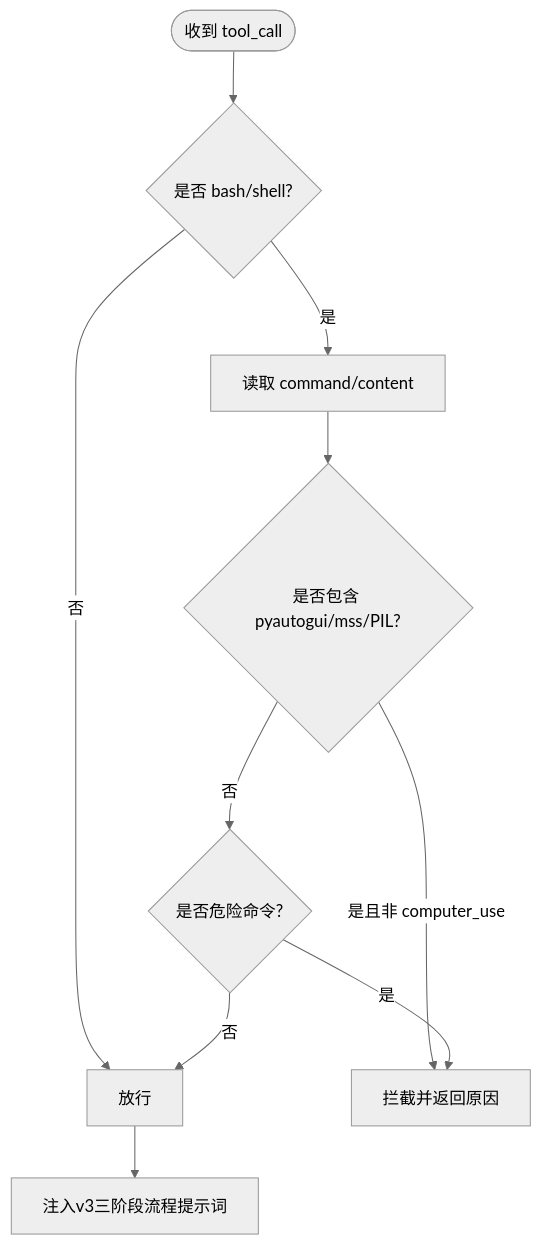
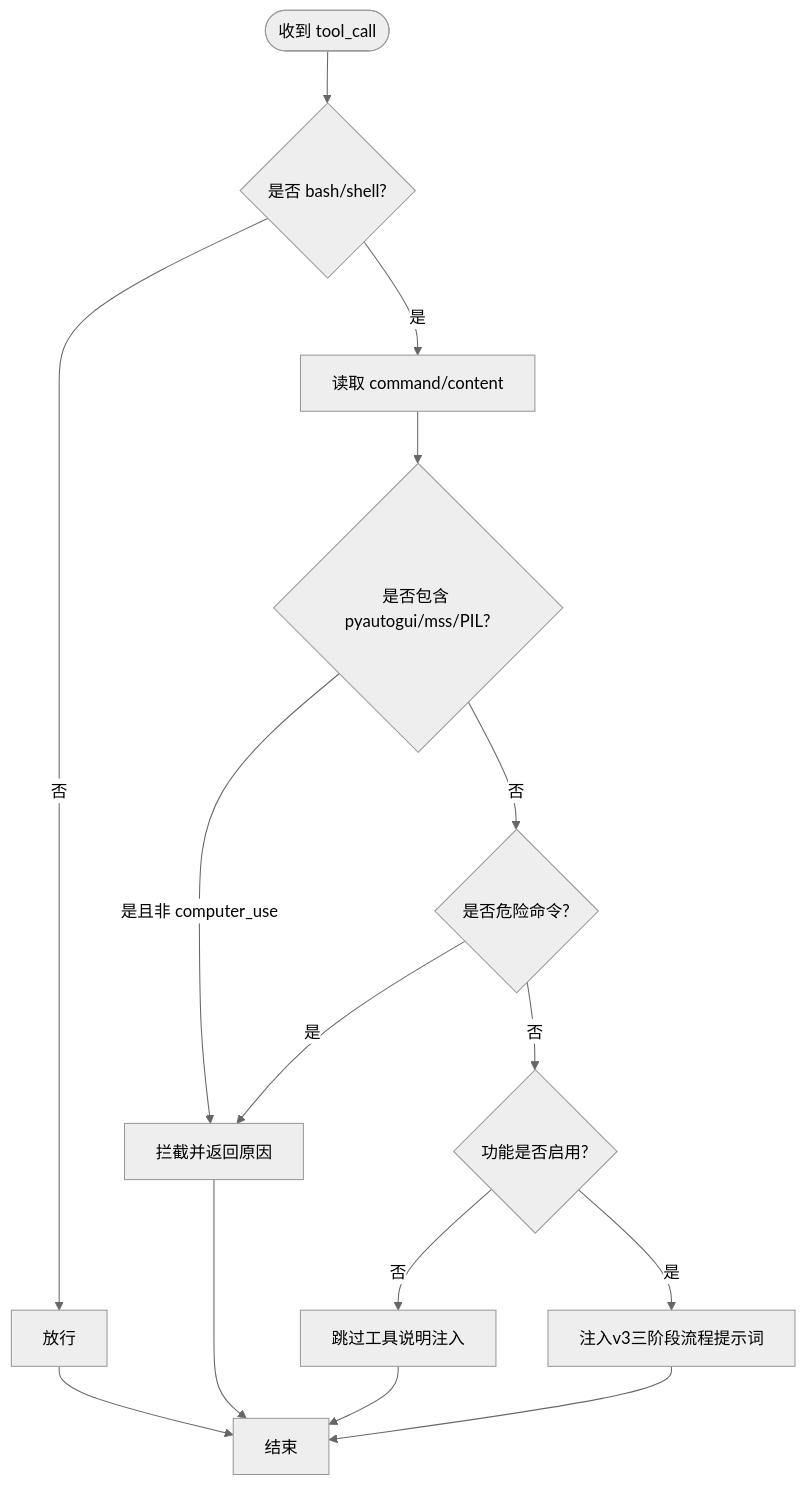
One commit to swond-Mao/Tiffa changed the third of 4 diagrams in .qoder/repowiki/zh/content/技能系统/计算机使用技能/计算机使用技能.md. Above: the diagram before and after it, drawn with Mermaid (neutral theme). The commit also changed other lines of this file and 49 other files, not shown here.

````diff
--- a/.qoder/repowiki/zh/content/技能系统/计算机使用技能/计算机使用技能.md
+++ b/.qoder/repowiki/zh/content/技能系统/计算机使用技能/计算机使用技能.md
@@ -164,12 +215,17 @@
 ```mermaid
 flowchart TD
 Start(["收到 tool_call"]) --> CheckTool{"是否 bash/shell?"}
 CheckTool --> |否| Pass["放行"]
 CheckTool --> |是| ReadCmd["读取 command/content"]
 ReadCmd --> PatternCheck{"是否包含 pyautogui/mss/PIL?"}
 PatternCheck --> |是且非 computer_use| Block["拦截并返回原因"]
 PatternCheck --> |否| DangerousCheck{"是否危险命令?"}
 DangerousCheck --> |是| Block
-DangerousCheck --> |否| Pass
-Pass --> InjectPrompt["注入v3三阶段流程提示词"]
+DangerousCheck --> |否| InjectCheck{"功能是否启用?"}
+InjectCheck --> |否| Skip["跳过工具说明注入"]
+InjectCheck --> |是| InjectPrompt["注入v3三阶段流程提示词"]
+Pass --> End["结束"]
+Skip --> End
+Block --> End
+InjectPrompt --> End
 ```
````
